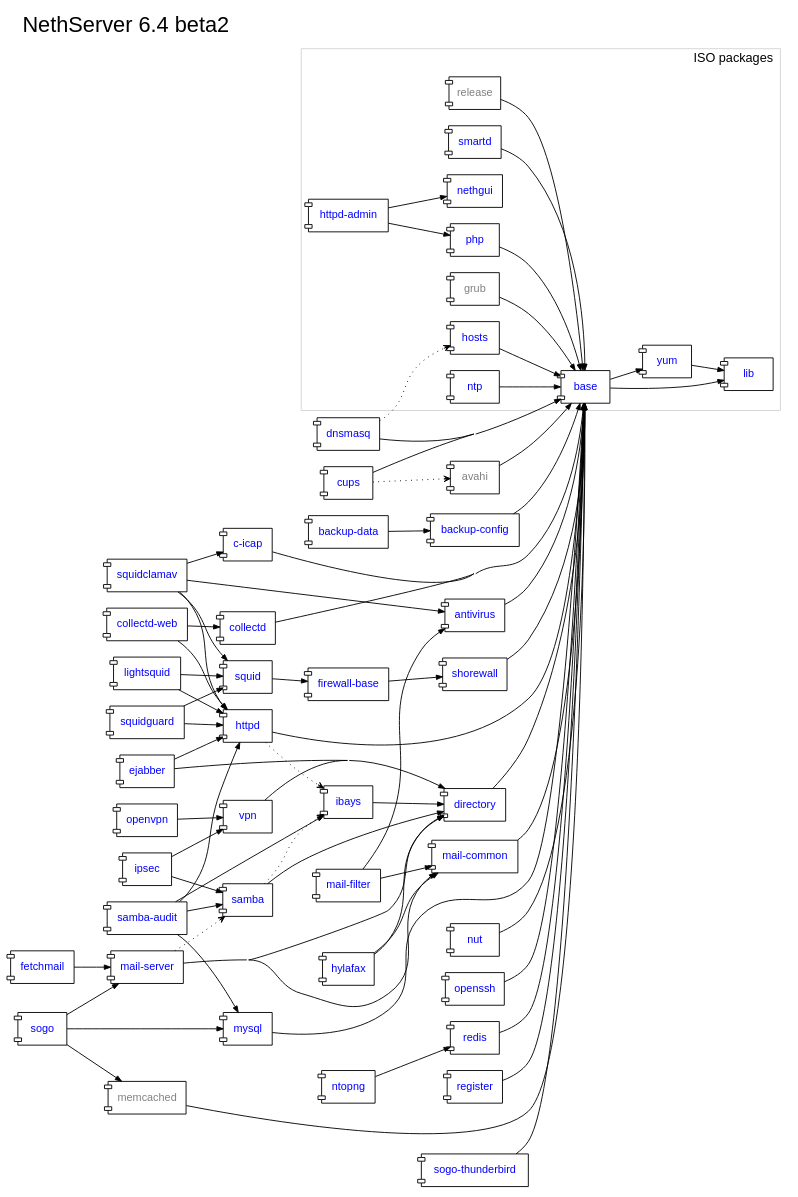
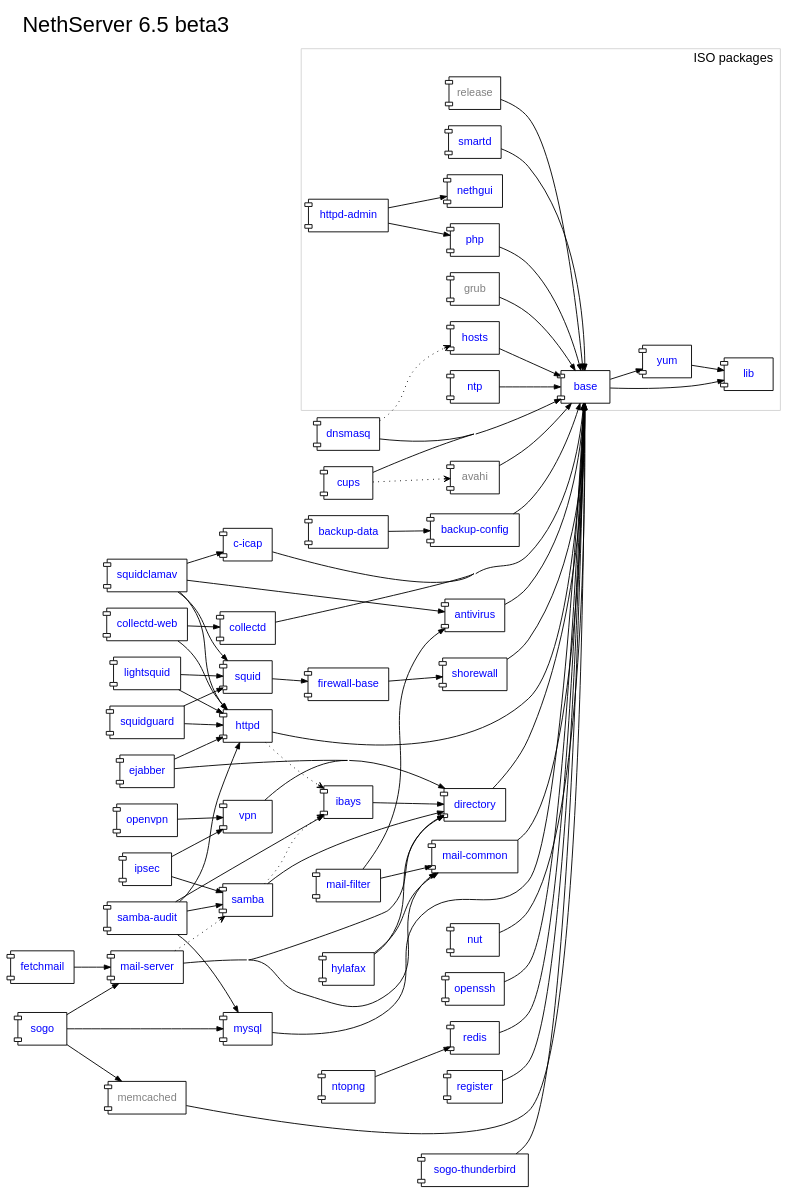
Before and after one commit to nethesis/dev-nethesis-it: the diagram in nethserver/package-dependencies.dot, drawn with Graphviz. The commit also changed 1 other file, not shown here.

Commit message:
NethServer 6.5 beta3

```diff
--- a/nethserver/package-dependencies.dot
+++ b/nethserver/package-dependencies.dot
@@ -1,148 +1,148 @@
-digraph "v6.4-beta2" {
+digraph "v6.5-beta3" {
 	rankdir = "LR";
 	compound = true;
 	concentrate = true;
-	label="NethServer 6.4 beta2";
+	label="NethServer 6.5 beta3";
 	fontsize = 24.0
 	labelloc = "t";
 	labeljust = "l";
 	fontname="sans-serif";
 	
 
 	node [shape="component",fontname="sans-serif",fontcolor=blue,fontsize=12.0];
 	edge [arrowsize=0.7];
 
 	subgraph {
 		antivirus [URL="http://dev.nethserver.org/projects/nethserver/wiki/nethserver-antivirus"];
 		avahi [fontcolor=gray];
 		backup_config [label="backup-config",URL="http://dev.nethserver.org/projects/nethserver/wiki/nethserver-backup"];
 		backup_data [label="backup-data",URL="http://dev.nethserver.org/projects/nethserver/wiki/nethserver-backup"];   
 		c_icap [label="c-icap",URL="http://dev.nethserver.org/projects/nethserver/wiki/nethserver-c-icap"];
 		collectd [URL="http://dev.nethserver.org/projects/nethserver/wiki/nethserver-collectd"];
 		collectd_web [label="collectd-web",URL="http://dev.nethserver.org/projects/nethserver/wiki/nethserver-collectd-web"];
 		cups [URL="http://dev.nethserver.org/projects/nethserver-cups/wiki/nethserver-cups"];
 		directory [URL="http://dev.nethserver.org/projects/nethserver/wiki/nethserver-directory"];
 		dnsmasq [URL="http://dev.nethserver.org/projects/nethserver/wiki/nethserver-dnsmasq"];
 		ejabber [URL="http://dev.nethserver.org/projects/nethserver-ejabberd/wiki/nethserver-ejabberd"];
 		fetchmail [URL="http://dev.nethserver.org/projects/nethserver-fetchmail/wiki/nethserver-fetchmail"];
 		firewall_base [label="firewall-base",URL="http://dev.nethserver.org/projects/nethserver-ejabberd/wiki/nethserver-firewall-base"];
 		httpd [URL="http://dev.nethserver.org/projects/nethserver/wiki/nethserver-httpd"];
 		hylafax [URL="http://dev.nethserver.org/projects/nethserver-hylafax/wiki/nethserver-hylafax"];
 		ibays [URL="http://dev.nethserver.org/projects/nethserver/wiki/nethserver-ibays"];
 		ipsec [URL="http://dev.nethserver.org/projects/nethserver/wiki/nethserver-ipsec"];    
 		lightsquid [URL="http://dev.nethserver.org/projects/nethserver/wiki/nethserver-lightsquid"];
 		mail_common [label="mail-common",URL="http://dev.nethserver.org/projects/nethserver/wiki/nethserver-mail-common"];
 		mail_filter [label="mail-filter",URL="http://dev.nethserver.org/projects/nethserver/wiki/nethserver-mail-filter"];
 		mail_server [label="mail-server",URL="http://dev.nethserver.org/projects/nethserver/wiki/nethserver-mail-server"];
 		memcached [fontcolor=gray];
 		mysql [URL="http://dev.nethserver.org/projects/nethserver/wiki/nethserver-mysql"];
 		ntopng [URL="http://dev.nethserver.org/projects/nethserver/wiki/nethserver-ntopng"];
 		nut [URL="http://dev.nethserver.org/projects/nethserver/wiki/nethserver-nut"];
 		openssh [URL="http://dev.nethserver.org/projects/nethserver/wiki/nethserver-openssh"];
 		openvpn [URL="http://dev.nethserver.org/projects/nethserver/wiki/nethserver-openvpn"];
 		redis [URL="http://dev.nethserver.org/projects/nethserver/wiki/nethserver-redis"];
 		register [URL="http://dev.nethserver.org/projects/nethserver/wiki/nethserver-register"];
 		samba [URL="http://dev.nethserver.org/projects/nethserver/wiki/nethserver-samba"];
 		samba_audit [label="samba-audit",URL="http://dev.nethserver.org/projects/nethserver/wiki/nethserver-samba-audit"];
 		shorewall [URL="https://dev.nethserver.org/projects/nethserver/wiki/nethserver-shorewall"];        
 		sogo [URL="https://dev.nethserver.org/projects/nethserver/wiki/nethserver-sogo"];
 		sogo_thunderbird [label="sogo-thunderbird",URL="https://dev.nethserver.org/projects/nethserver/wiki/nethserver-sogo-thunderbird"];
 		squid [URL="https://dev.nethserver.org/projects/nethserver/wiki/nethserver-squid"];
 		squidclamav [URL="https://dev.nethserver.org/projects/nethserver/wiki/nethserver-squidclamav"];
 		squidguard [URL="https://dev.nethserver.org/projects/nethserver/wiki/nethserver-squidguard"];
 		vpn [URL="http://dev.nethserver.org/projects/nethserver/wiki/nethserver-vpn"];
 		
 		subgraph cluster_iso {
 			label="ISO packages"
 			color=lightgray
 			labelloc = "t";
 			labeljust = "r";
 			fontsize = 14.0
 			base [URL="http://dev.nethserver.org/projects/nethserver/wiki/nethserver-base"];
 			grub [fontcolor=gray];
 			hosts [URL="http://dev.nethserver.org/projects/nethserver/wiki/nethserver-hosts"];			
 			httpd_admin [label="httpd-admin",URL="http://dev.nethserver.org/projects/nethserver/wiki/nethserver-httpd-admin"];
 			lib [URL="http://dev.nethserver.org/projects/nethserver/wiki/nethserver-lib"];
 			nethgui [URL="http://dev.nethserver.org/projects/nethgui"];
 			ntp [URL="http://dev.nethserver.org/projects/nethserver/wiki/nethserver-ntp"];
 			php [URL="http://dev.nethserver.org/projects/nethserver/wiki/nethserver-php"];			
 			release [fontcolor=gray];
 			smartd [URL="https://dev.nethserver.org/projects/nethserver/wiki/nethserver-smartd"];
 			yum [URL="http://dev.nethserver.org/projects/nethserver/wiki/nethserver-yum"];
 		}
 	}
 
 	
 	antivirus -> base
 	avahi -> base
 	backup_config -> base
 	backup_data -> backup_config
 	base -> lib
 	base -> yum
 	yum -> lib
 	c_icap -> base
 	collectd -> base
 	collectd_web -> collectd
 	collectd_web -> httpd
 	cups -> base
 	directory -> base
 	dnsmasq -> base
 	ejabber -> directory
 	ejabber -> httpd
 	fetchmail -> mail_server
 	firewall_base -> shorewall
 	grub -> base
 	hosts -> base
 	httpd -> base
 	httpd_admin -> nethgui
 	httpd_admin -> php
 	hylafax -> directory
 	hylafax -> mail_common
 	ibays -> directory
 	ipsec -> vpn
 	ipsec -> samba
 	lightsquid -> httpd
 	lightsquid -> squid
 	mail_common -> base
 	mail_filter -> antivirus
 	mail_filter -> mail_common
 	mail_server -> directory
 	mail_server -> mail_common
 	memcached -> base
 	mysql -> base
 	ntopng -> redis
 	ntp -> base
 	nut -> base
 	openssh -> base
 	openvpn -> vpn
 	php -> base
 	redis -> base
 	register -> base
 	release -> base
 	samba -> directory
 	samba_audit -> httpd
 	samba_audit -> ibays
 	samba_audit -> mysql
 	samba_audit -> samba
 	shorewall -> base
 	smartd -> base
 	sogo -> mail_server
 	sogo -> memcached
 	sogo -> mysql
 	sogo_thunderbird -> base
 	squid -> firewall_base
 	squidclamav -> antivirus
 	squidclamav -> c_icap
 	squidclamav -> httpd
 	squidclamav -> squid
 	squidguard -> httpd
 	squidguard -> squid
 	vpn -> directory
 
 	cups -> avahi [style=dotted,arrowhead=vee];
 	dnsmasq -> hosts [style=dotted,arrowhead=vee];
 	httpd -> ibays [style=dotted,arrowhead=vee];
 	mail_server -> samba [style=dotted,arrowhead=vee];    
 	samba -> ibays [style=dotted,arrowhead=vee];
 	
 }
```
